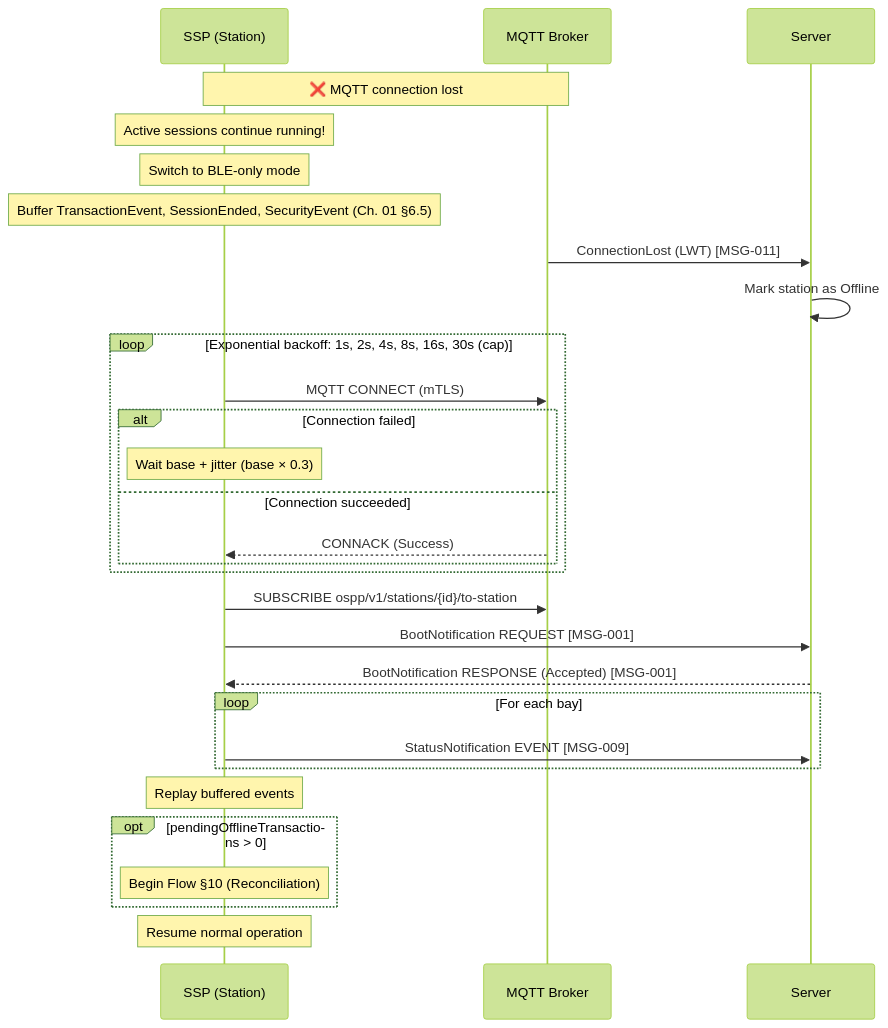
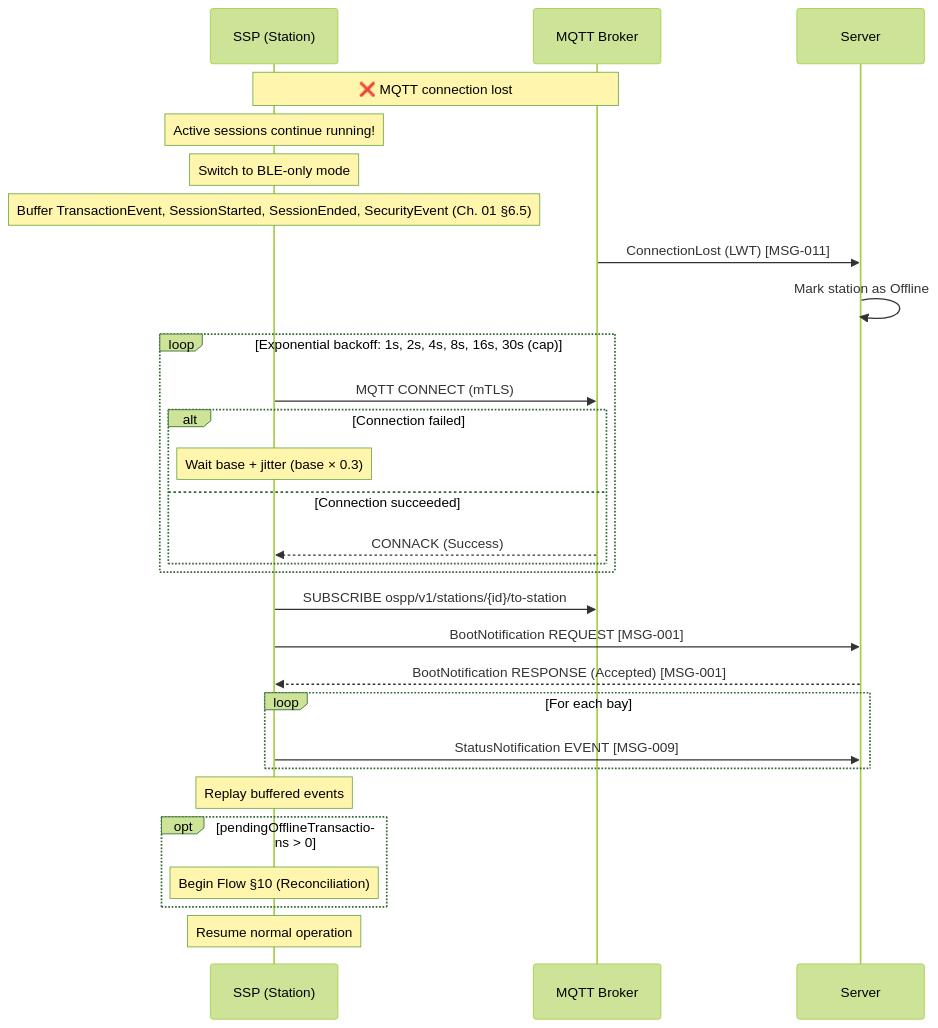
One commit to ospp-org/spec changed diagram 11 of 19 in spec/04-flows.md. Above: the diagram before and after it, drawn with Mermaid (forest theme). The commit also changed other lines of this file and 26 other files, not shown here.

````diff
--- a/spec/04-flows.md
+++ b/spec/04-flows.md
@@ -1368,40 +1370,40 @@
 ```mermaid
 sequenceDiagram
     participant SSP as SSP (Station)
     participant Broker as MQTT Broker
     participant Server
 
     Note over SSP,Broker: ❌ MQTT connection lost
 
     Note over SSP: Active sessions continue running!
     Note over SSP: Switch to BLE-only mode
-    Note over SSP: Buffer TransactionEvent, SessionEnded, SecurityEvent (Ch. 01 §6.5)
+    Note over SSP: Buffer TransactionEvent, SessionStarted, SessionEnded, SecurityEvent (Ch. 01 §6.5)
 
     Broker->>Server: ConnectionLost (LWT) [MSG-011]
     Server->>Server: Mark station as Offline
 
     loop Exponential backoff: 1s, 2s, 4s, 8s, 16s, 30s (cap)
         SSP->>Broker: MQTT CONNECT (mTLS)
         alt Connection failed
             Note over SSP: Wait base + jitter (base × 0.3)
         else Connection succeeded
             Broker-->>SSP: CONNACK (Success)
         end
     end
 
     SSP->>Broker: SUBSCRIBE ospp/v1/stations/{id}/to-station
     SSP->>Server: BootNotification REQUEST [MSG-001]
     Server-->>SSP: BootNotification RESPONSE (Accepted) [MSG-001]
 
     loop For each bay
         SSP->>Server: StatusNotification EVENT [MSG-009]
     end
 
     Note over SSP: Replay buffered events
 
     opt pendingOfflineTransactions > 0
         Note over SSP: Begin Flow §10 (Reconciliation)
     end
 
     Note over SSP: Resume normal operation
 ```
````
